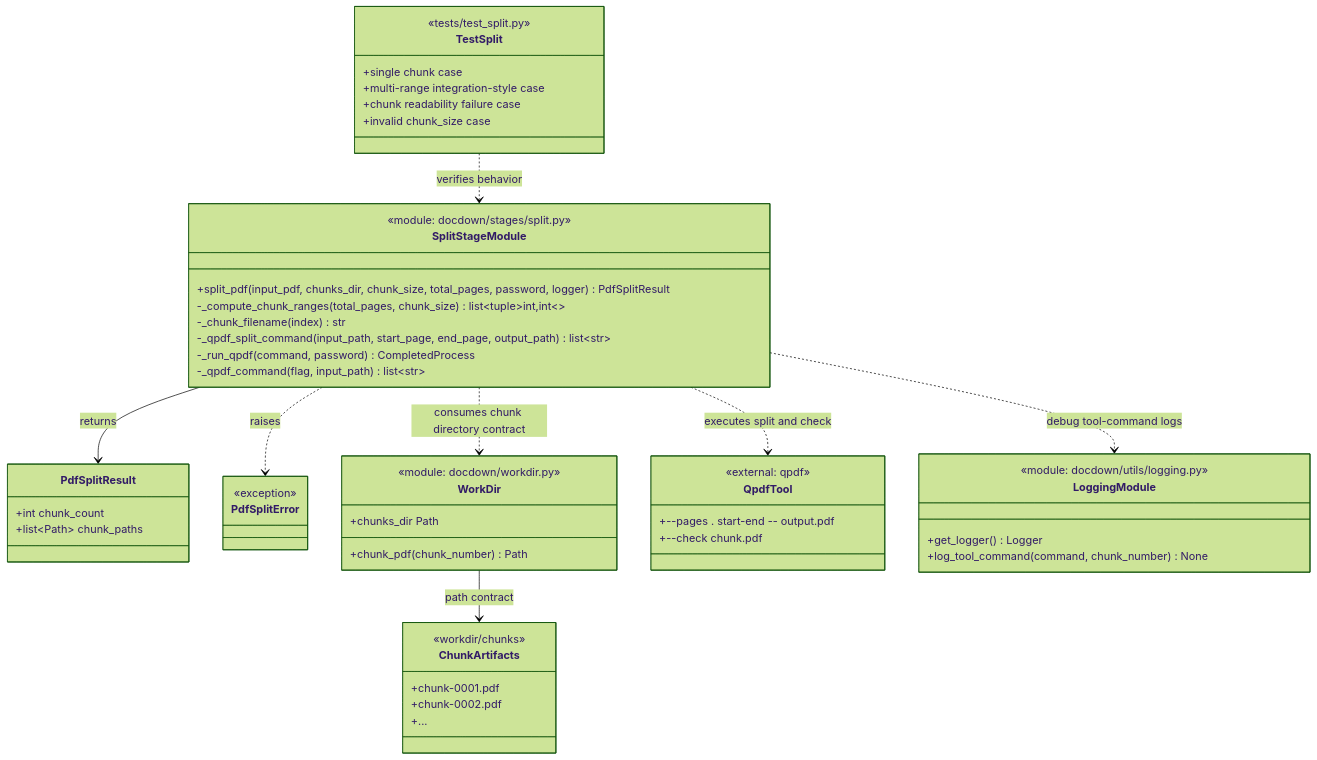
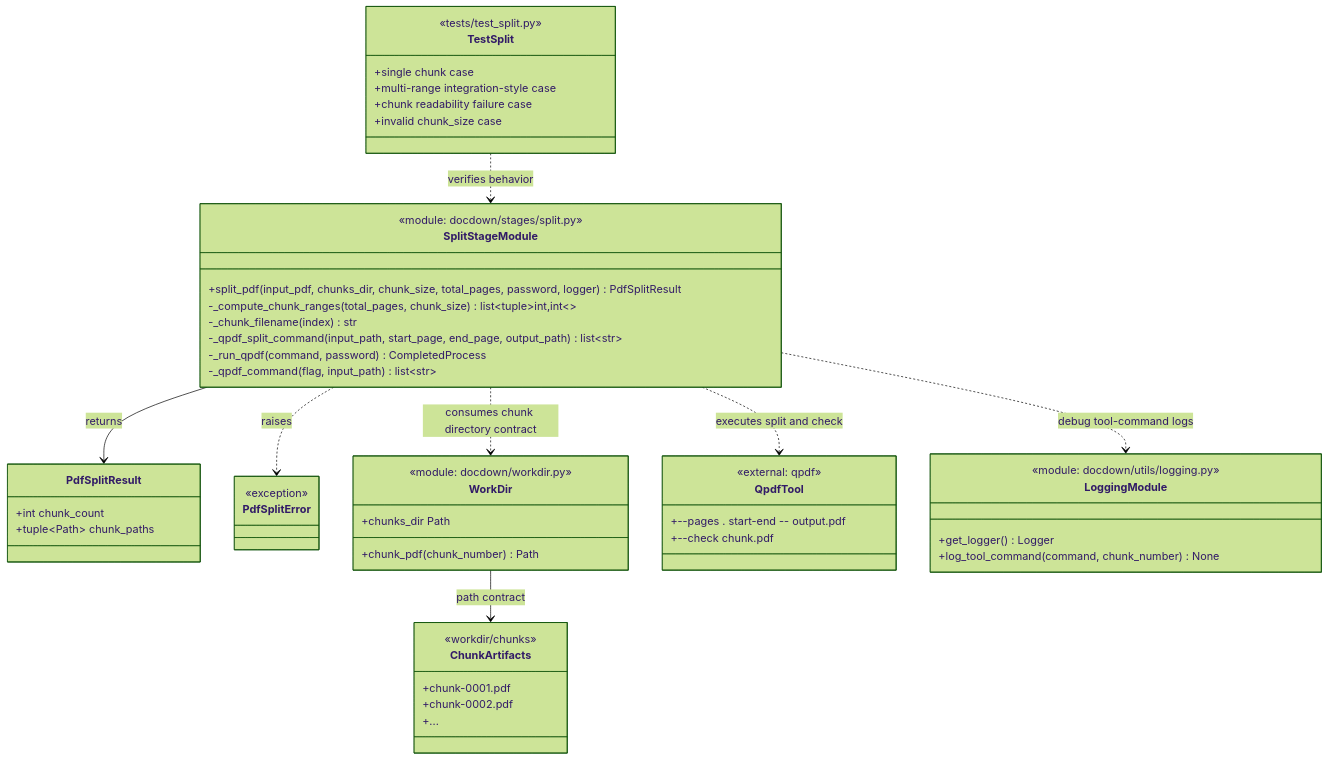
Before and after one commit to Frank-Yong/DocDown: the diagram in docs/plan/task-2.2-chunk-splitting.md, drawn with Mermaid (forest theme).

Commit message:
Refactor chunk_paths in PdfSplitResult to use a tuple for better immutability

````diff
--- a/docs/plan/task-2.2-chunk-splitting.md
+++ b/docs/plan/task-2.2-chunk-splitting.md
@@ -55,62 +55,62 @@
 ```mermaid
 classDiagram
     class PdfSplitResult {
         +int chunk_count
-        +list~Path~ chunk_paths
+        +tuple~Path~ chunk_paths
     }
 
     class PdfSplitError {
         <<exception>>
     }
 
     class SplitStageModule {
         <<module: docdown/stages/split.py>>
         +split_pdf(input_pdf, chunks_dir, chunk_size, total_pages, password, logger) PdfSplitResult
         -_compute_chunk_ranges(total_pages, chunk_size) list~tuple~int,int~~
         -_chunk_filename(index) str
         -_qpdf_split_command(input_path, start_page, end_page, output_path) list~str~
         -_run_qpdf(command, password) CompletedProcess
         -_qpdf_command(flag, input_path) list~str~
     }
 
     class WorkDir {
         <<module: docdown/workdir.py>>
         +chunk_pdf(chunk_number) Path
         +chunks_dir Path
     }
 
     class QpdfTool {
         <<external: qpdf>>
         +--pages . start-end -- output.pdf
         +--check chunk.pdf
     }
 
     class ChunkArtifacts {
         <<workdir/chunks>>
         +chunk-0001.pdf
         +chunk-0002.pdf
         +...
     }
 
     class LoggingModule {
         <<module: docdown/utils/logging.py>>
         +get_logger() Logger
         +log_tool_command(command, chunk_number) None
     }
 
     class TestSplit {
         <<tests/test_split.py>>
         +single chunk case
         +multi-range integration-style case
         +chunk readability failure case
         +invalid chunk_size case
     }
 
     SplitStageModule --> PdfSplitResult : returns
     SplitStageModule ..> PdfSplitError : raises
     SplitStageModule ..> QpdfTool : executes split and check
     SplitStageModule ..> LoggingModule : debug tool-command logs
     SplitStageModule ..> WorkDir : consumes chunk directory contract
     WorkDir --> ChunkArtifacts : path contract
     TestSplit ..> SplitStageModule : verifies behavior
 ```
````
